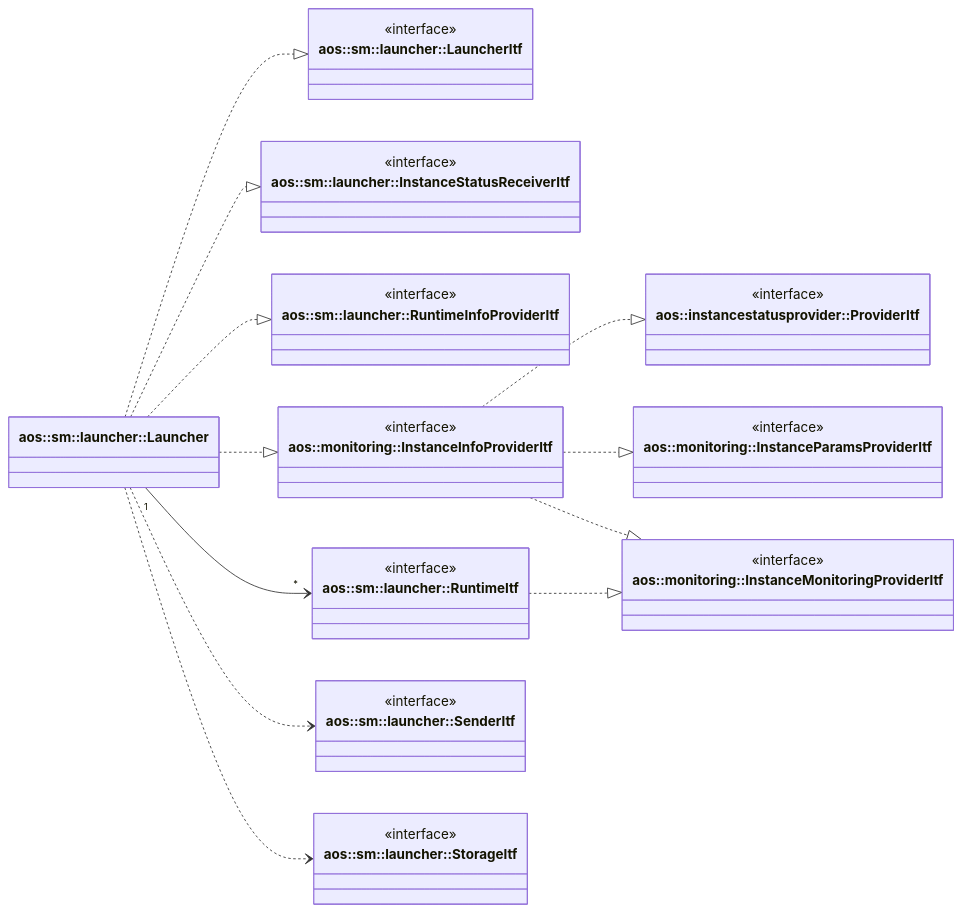
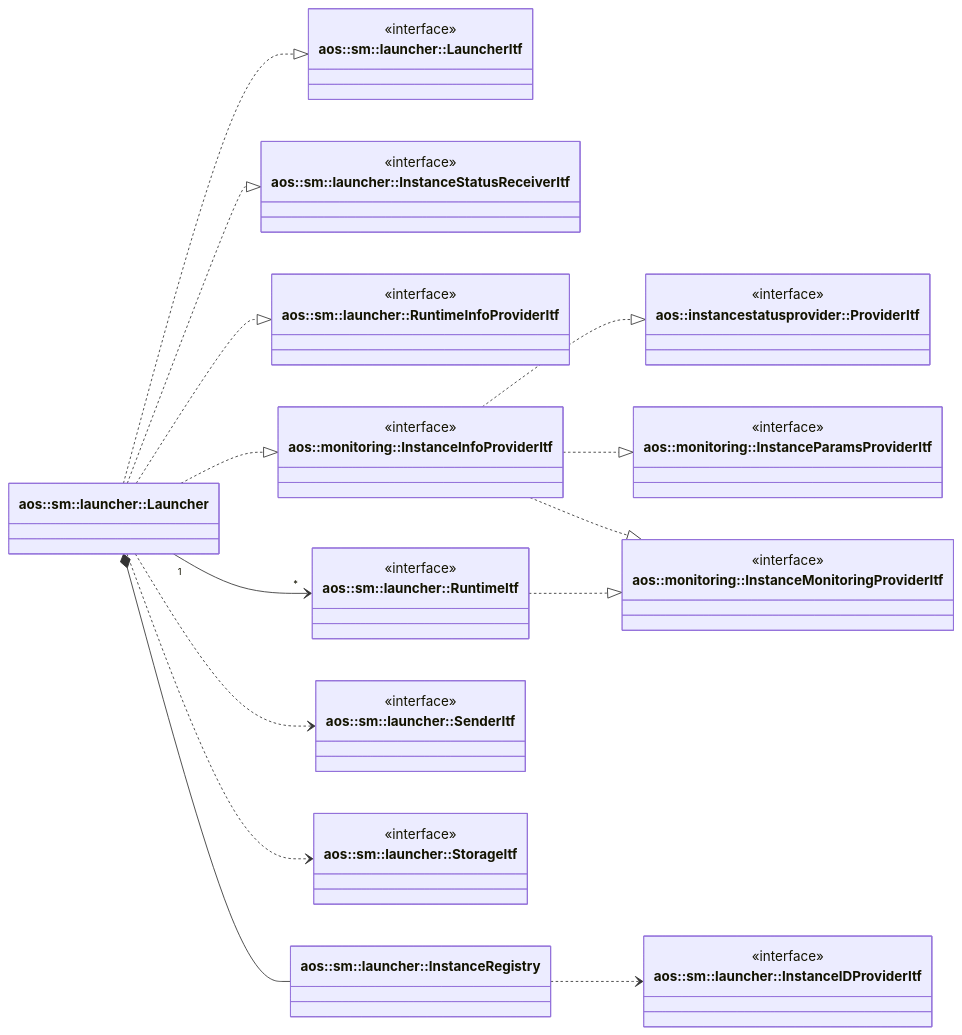
Before and after one commit to aosedge/aos_core_lib_cpp: the first of 3 diagrams in src/core/sm/launcher/launcher.md, drawn with Mermaid. The commit also changed other lines of this file and 7 other files, not shown here.

First line of the commit message:
sm: launcher: move instances data to instance registry

````diff
--- a/src/core/sm/launcher/launcher.md
+++ b/src/core/sm/launcher/launcher.md
@@ -38,60 +40,69 @@
 ```mermaid
 classDiagram
     direction LR
 
     class Launcher ["aos::sm::launcher::Launcher"] {
     }
 
     class LauncherItf ["aos::sm::launcher::LauncherItf"] {
         <<interface>>
     }
 
     class InstanceStatusReceiverItf ["aos::sm::launcher::InstanceStatusReceiverItf"] {
         <<interface>>
     }
 
     class RuntimeInfoProviderItf ["aos::sm::launcher::RuntimeInfoProviderItf"] {
         <<interface>>
     }
 
     class InstanceInfoProviderItf ["aos::monitoring::InstanceInfoProviderItf"] {
         <<interface>>
     }
 
     class InstanceStatusProviderItf["aos::instancestatusprovider::ProviderItf"] {
         <<interface>>
     }
 
     class InstanceParamsProviderItf["aos::monitoring::InstanceParamsProviderItf"] {
         <<interface>>
     }
 
     class InstanceMonitoringProviderItf["aos::monitoring::InstanceMonitoringProviderItf"] {
         <<interface>>
     }
 
     class RuntimeItf ["aos::sm::launcher::RuntimeItf"] {
         <<interface>>
     }
 
     class SenderItf ["aos::sm::launcher::SenderItf"] {
         <<interface>>
     }
 
     class StorageItf ["aos::sm::launcher::StorageItf"] {
         <<interface>>
     }
 
+    class InstanceRegistry ["aos::sm::launcher::InstanceRegistry"] {
+    }
+
+    class InstanceIDProviderItf ["aos::sm::launcher::InstanceIDProviderItf"] {
+        <<interface>>
+    }
+
     Launcher ..|> LauncherItf
     Launcher ..|> InstanceStatusReceiverItf
     Launcher ..|> RuntimeInfoProviderItf
     Launcher ..|> InstanceInfoProviderItf
     InstanceInfoProviderItf ..|> InstanceStatusProviderItf
     InstanceInfoProviderItf ..|> InstanceParamsProviderItf
     InstanceInfoProviderItf ..|> InstanceMonitoringProviderItf
     RuntimeItf ..|> InstanceMonitoringProviderItf
 
     Launcher "1" --> "*" RuntimeItf
     Launcher ..> SenderItf
     Launcher ..> StorageItf
+    Launcher *-- InstanceRegistry
+    InstanceRegistry ..> InstanceIDProviderItf
 ```
````
